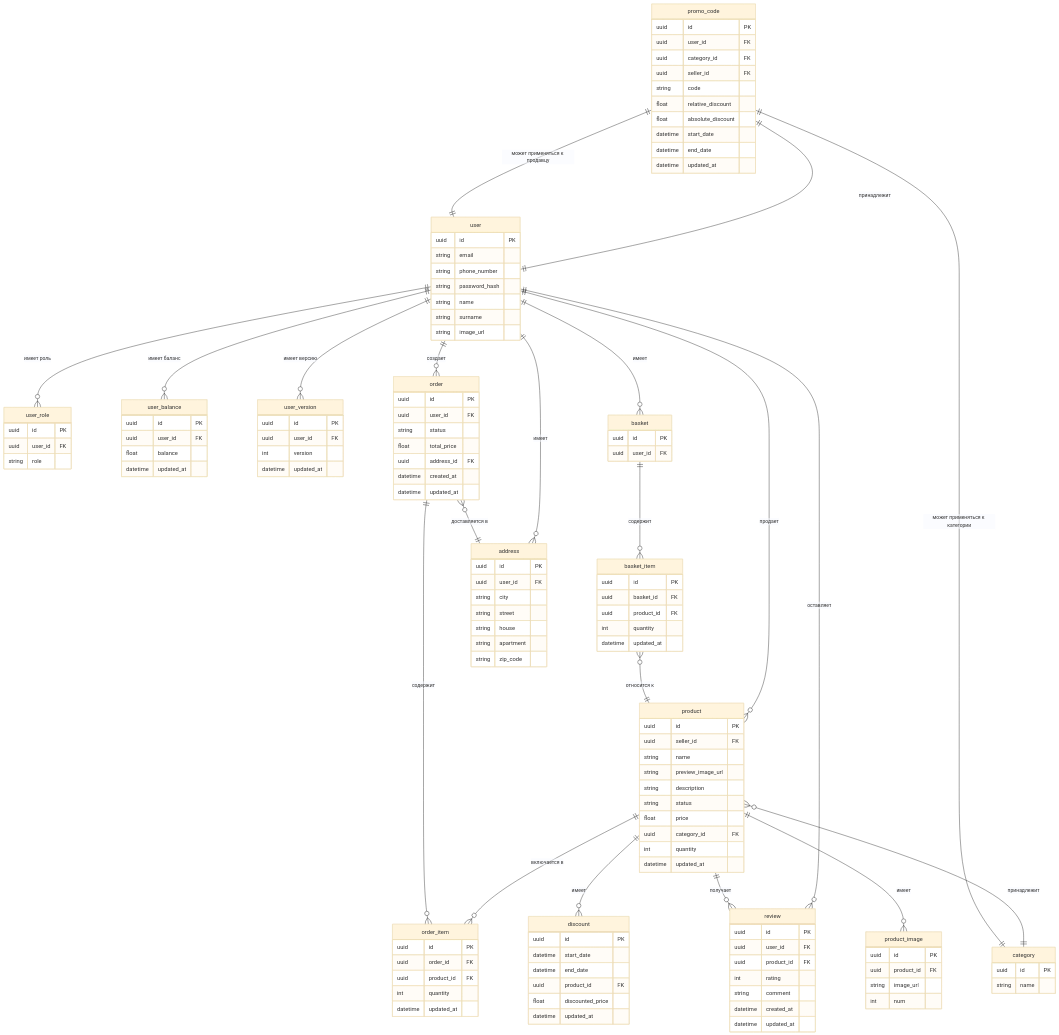
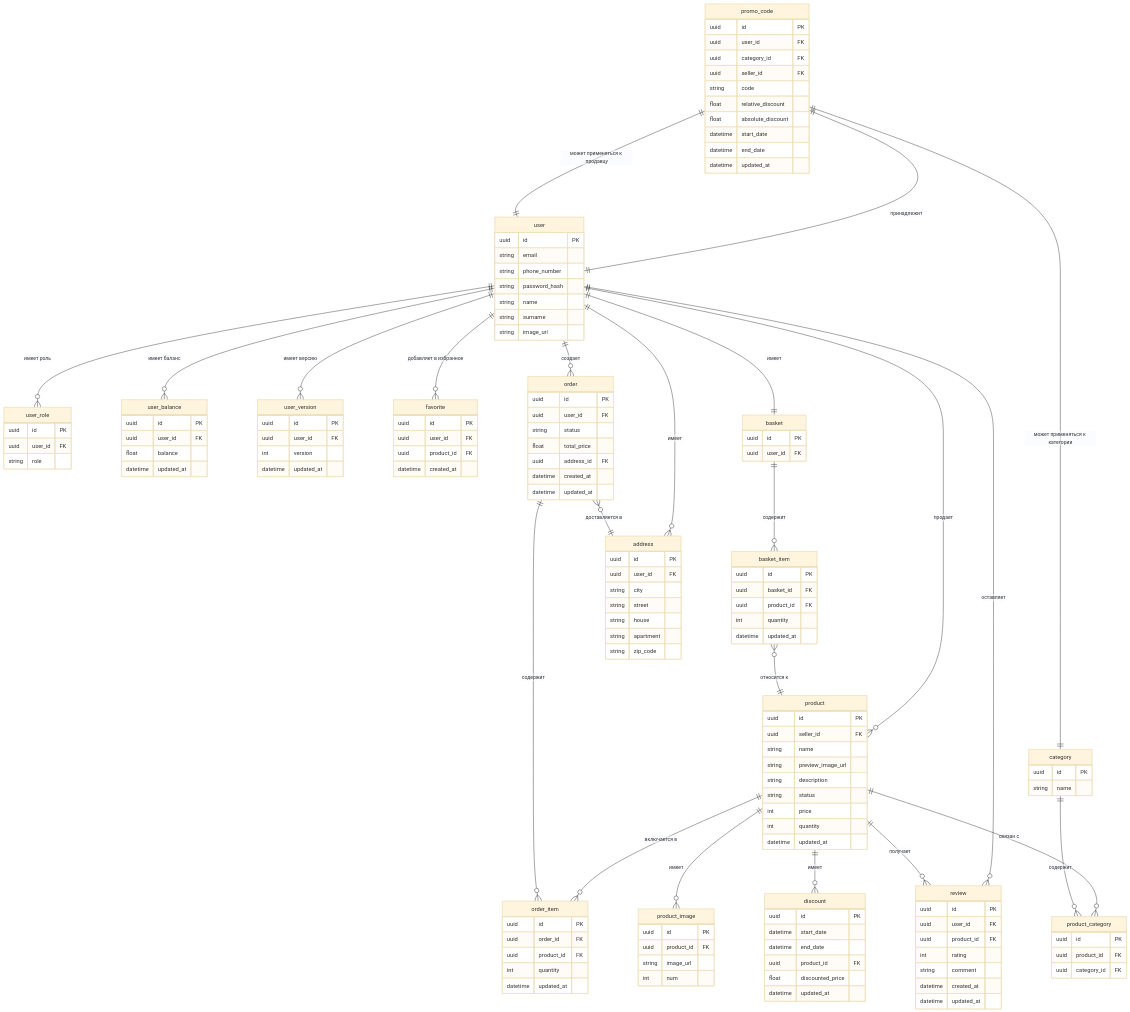
The diagram in db/normalized/relations.md (go-park-mail-ru/2025_1_ChillGuys), drawn with Mermaid (base theme) before and after one commit. The commit also changed other lines of this file, not shown here.

Commit message:
favorites, price int, m2m categories

```diff
--- a/db/normalized/relations.md
+++ b/db/normalized/relations.md
@@ -171,10 +184,16 @@
         string preview_image_url
         string description
         string status
-        float price
-        uuid category_id FK
+        int price
         int quantity
         datetime updated_at
+    }
+    
+    favorite {
+        uuid id PK
+        uuid user_id FK
+        uuid product_id FK
+        datetime created_at
     }
     
     product_image {
@@ -209,6 +228,12 @@
     category {
         uuid id PK
         string name
+    }
+    
+    product_category {
+        uuid id PK
+        uuid product_id FK
+        uuid category_id FK
     }
 
     order {
@@ -269,13 +294,16 @@
     user ||--o{ address : "имеет"
     user ||--o{ product : "продает"
     user ||--o{ review : "оставляет"
-    user ||--o{ basket : "имеет"
+    user ||--|| basket : "имеет"
+    user ||--o{ favorite : "добавляет в избранное"
 
     product ||--o{ order_item : "включается в"
     product ||--o{ review : "получает"
-    product }o--|| category : "принадлежит"
+    product ||--o{ product_image : "имеет"
     product ||--o{ discount : "имеет"
-    product ||--o{ product_image : "имеет"
+    product ||--o{ product_category : "связан с"
+
+    category ||--o{ product_category : "содержит"
 
     order ||--o{ order_item : "содержит"
     order }o--|| address : "доставляется в"
```
